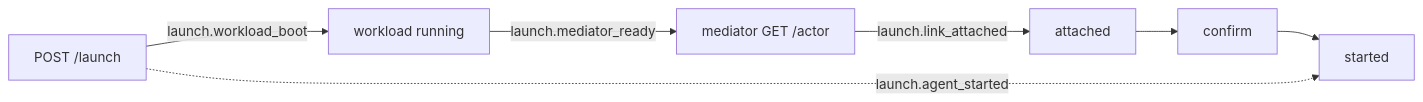
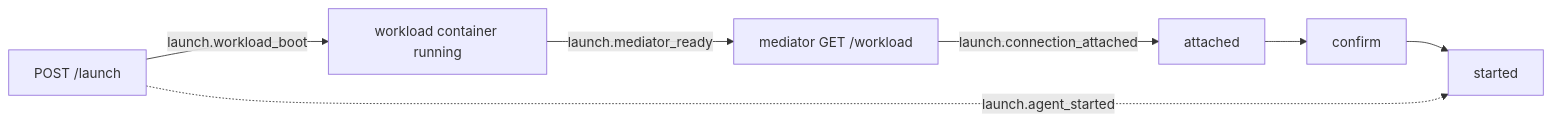
The diagram in docs/performance.md (tbhb-dev/avirt), drawn with Mermaid before and after one commit. The commit also changed other lines of this file and 61 other files, not shown here.

First line of the commit message:
docs: design the avirt component architecture

````diff
--- a/docs/performance.md
+++ b/docs/performance.md
@@ -38,9 +38,9 @@
 ```mermaid
 flowchart LR
-    a["POST /launch"] -->|launch.workload_boot| b["workload running"]
-    b -->|launch.mediator_ready| c["mediator GET /actor"]
-    c -->|launch.link_attached| d["attached"]
+    a["POST /launch"] -->|launch.workload_boot| b["workload container running"]
+    b -->|launch.mediator_ready| c["mediator GET /workload"]
+    c -->|launch.connection_attached| d["attached"]
     d --> e["confirm"]
     e --> f["started"]
     a -.->|launch.agent_started| f
 ```
````
